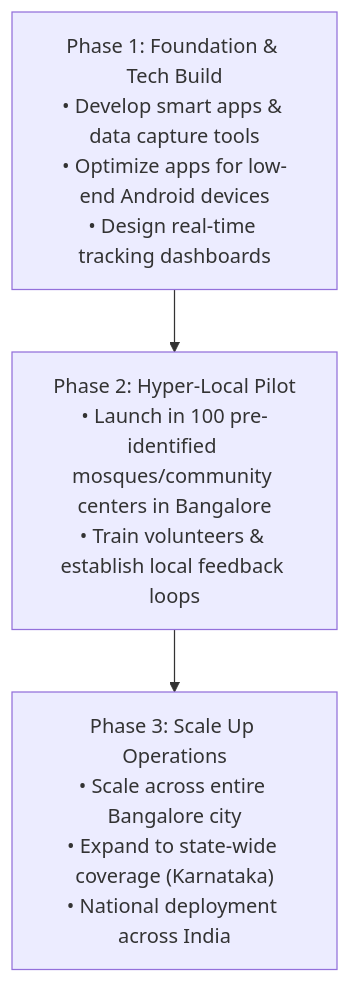
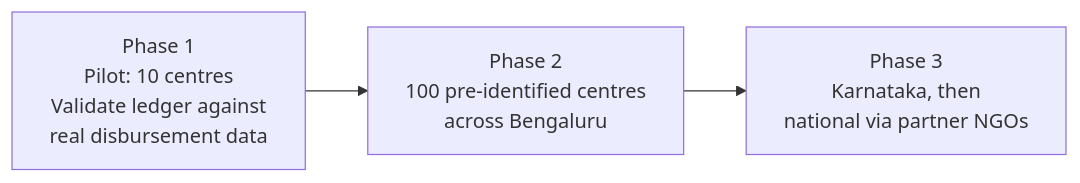
One commit to ABF-lab/Health changed the second of 2 diagrams in business_strategy.md. Above: the diagram before and after it, drawn with Mermaid. The commit also changed other lines of this file and 11 other files, not shown here.

````diff
--- a/business_strategy.md
+++ b/business_strategy.md
@@ -80,9 +200,7 @@
 ```mermaid
-graph TD
-    P1["Phase 1: Foundation & Tech Build<br>• Develop smart apps & data capture tools<br>• Optimize apps for low-end Android devices<br>• Design real-time tracking dashboards"]
-    P2["Phase 2: Hyper-Local Pilot<br>• Launch in 100 pre-identified mosques/community centers in Bangalore<br>• Train volunteers & establish local feedback loops"]
-    P3["Phase 3: Scale Up Operations<br>• Scale across entire Bangalore city<br>• Expand to state-wide coverage (Karnataka)<br>• National deployment across India"]
-
-    P1 --> P2
-    P2 --> P3
+graph LR
+    P1["Phase 1<br>Pilot: 10 centres<br>Validate ledger against<br>real disbursement data"]
+    P2["Phase 2<br>100 pre-identified centres<br>across Bengaluru"]
+    P3["Phase 3<br>Karnataka, then<br>national via partner NGOs"]
+    P1 --> P2 --> P3
 ```
````
